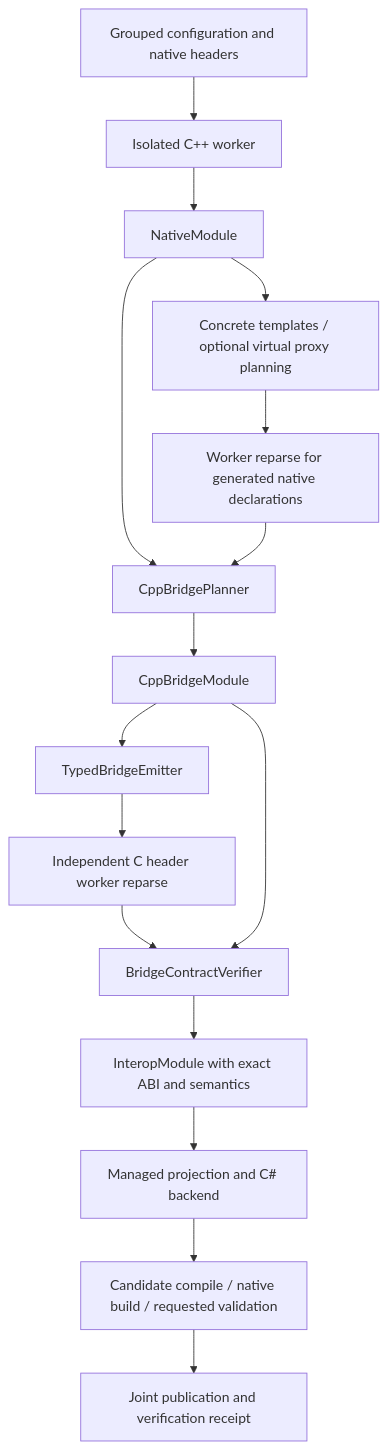
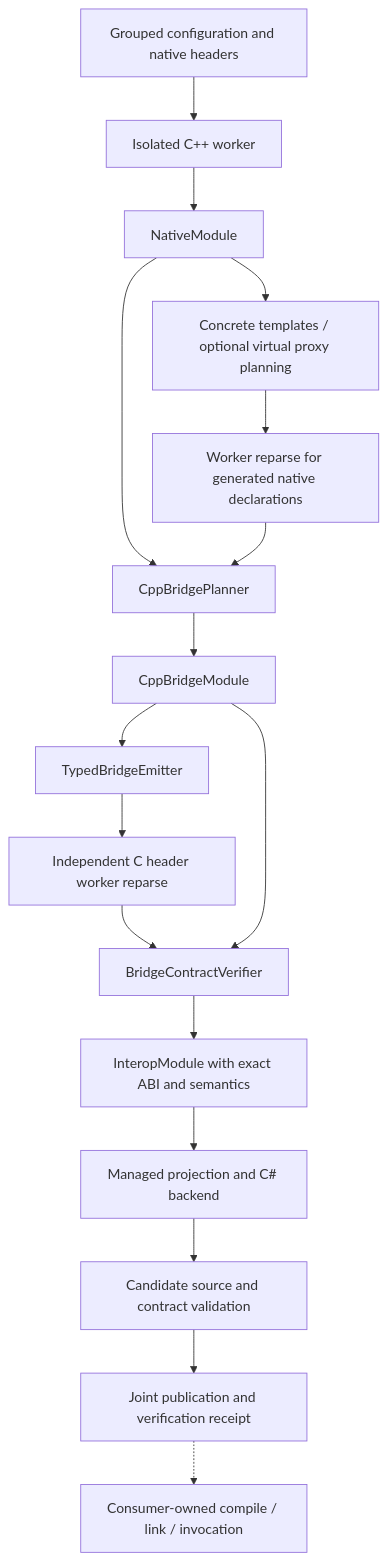
Before and after one commit to FLwolfy/BindGen-CS: the diagram in docs/lowering.md, drawn with Mermaid. The commit also changed other lines of this file and 66 other files, not shown here.

````diff
--- a/docs/lowering.md
+++ b/docs/lowering.md
@@ -7,18 +7,19 @@
 ```mermaid
 flowchart TD
     Source["Grouped configuration and native headers"] --> Worker["Isolated C++ worker"]
     Worker --> Native["NativeModule"]
     Native --> Extra["Concrete templates / optional virtual proxy planning"]
     Extra --> Expanded["Worker reparse for generated native declarations"]
     Native --> Plan["CppBridgePlanner"]
     Expanded --> Plan
     Plan --> Bridge["CppBridgeModule"]
     Bridge --> Emit["TypedBridgeEmitter"]
     Emit --> CWorker["Independent C header worker reparse"]
     CWorker --> Verify["BridgeContractVerifier"]
     Bridge --> Verify
     Verify --> Interop["InteropModule with exact ABI and semantics"]
     Interop --> Managed["Managed projection and C# backend"]
-    Managed --> Candidate["Candidate compile / native build / requested validation"]
+    Managed --> Candidate["Candidate source and contract validation"]
     Candidate --> Publish["Joint publication and verification receipt"]
+    Publish -.-> Consumer["Consumer-owned compile / link / invocation"]
 ```
````
